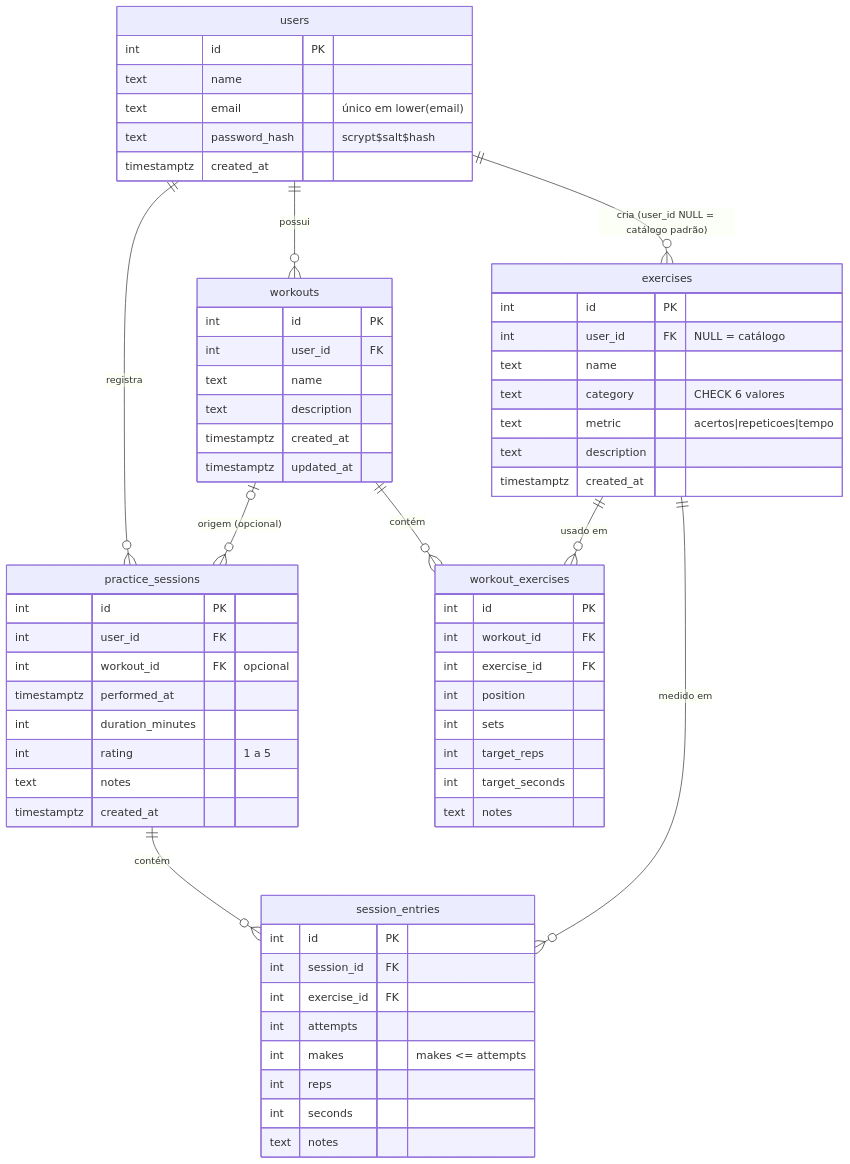
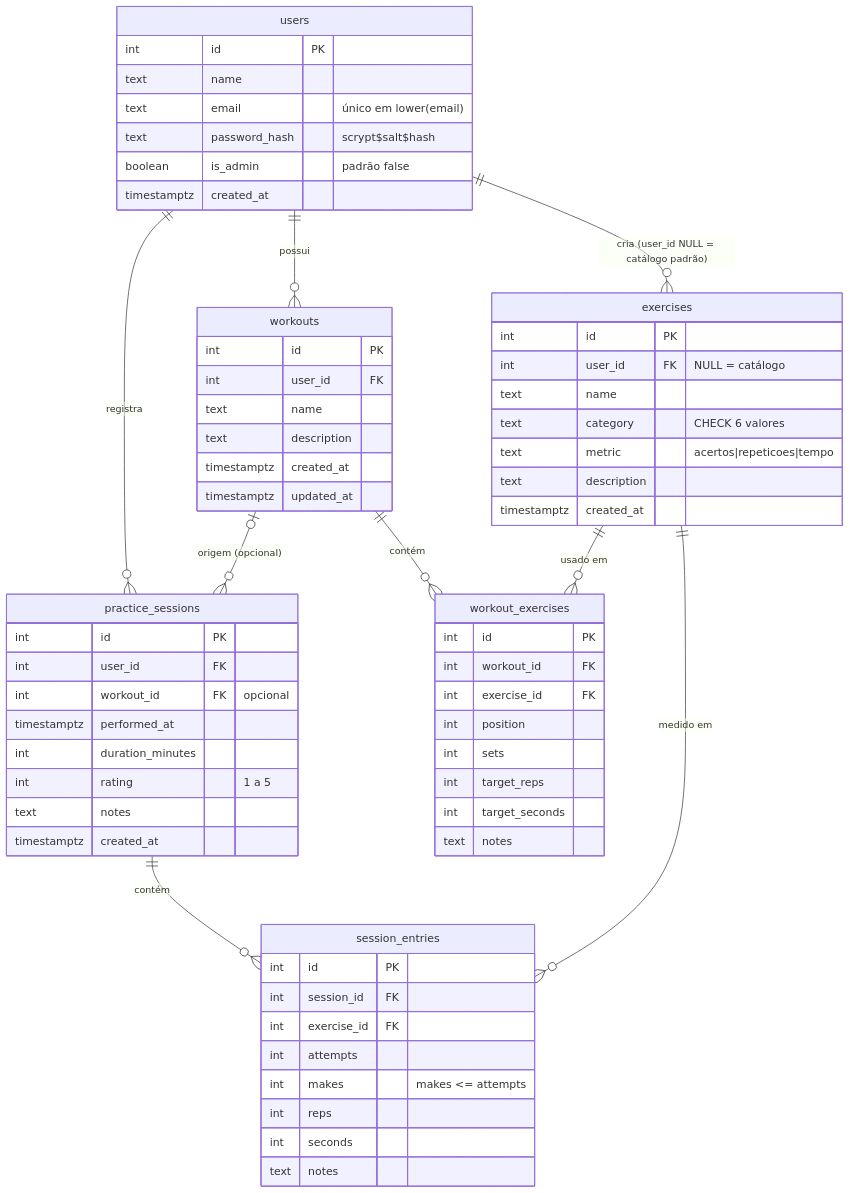
Before and after one commit to EduardoLafaiety/BasketballPractice: the second of 2 diagrams in docs/DOCUMENTACAO.md, drawn with Mermaid. The commit also changed other lines of this file and 15 other files, not shown here.

````diff
--- a/docs/DOCUMENTACAO.md
+++ b/docs/DOCUMENTACAO.md
@@ -474,66 +487,67 @@
 ```mermaid
 erDiagram
     users ||--o{ exercises : "cria (user_id NULL = catálogo padrão)"
     users ||--o{ workouts : possui
     users ||--o{ practice_sessions : registra
     workouts ||--o{ workout_exercises : contém
     exercises ||--o{ workout_exercises : "usado em"
     workouts |o--o{ practice_sessions : "origem (opcional)"
     practice_sessions ||--o{ session_entries : contém
     exercises ||--o{ session_entries : "medido em"
 
     users {
         int id PK
         text name
         text email "único em lower(email)"
         text password_hash "scrypt$salt$hash"
+        boolean is_admin "padrão false"
         timestamptz created_at
     }
     exercises {
         int id PK
         int user_id FK "NULL = catálogo"
         text name
         text category "CHECK 6 valores"
         text metric "acertos|repeticoes|tempo"
         text description
         timestamptz created_at
     }
     workouts {
         int id PK
         int user_id FK
         text name
         text description
         timestamptz created_at
         timestamptz updated_at
     }
     workout_exercises {
         int id PK
         int workout_id FK
         int exercise_id FK
         int position
         int sets
         int target_reps
         int target_seconds
         text notes
     }
     practice_sessions {
         int id PK
         int user_id FK
         int workout_id FK "opcional"
         timestamptz performed_at
         int duration_minutes
         int rating "1 a 5"
         text notes
         timestamptz created_at
     }
     session_entries {
         int id PK
         int session_id FK
         int exercise_id FK
         int attempts
         int makes "makes <= attempts"
         int reps
         int seconds
         text notes
     }
 ```
````
